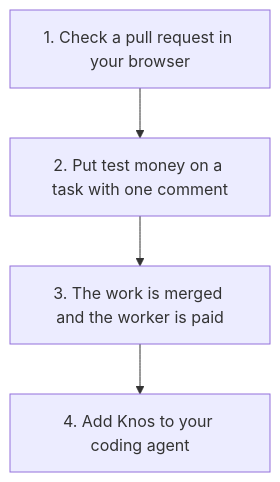
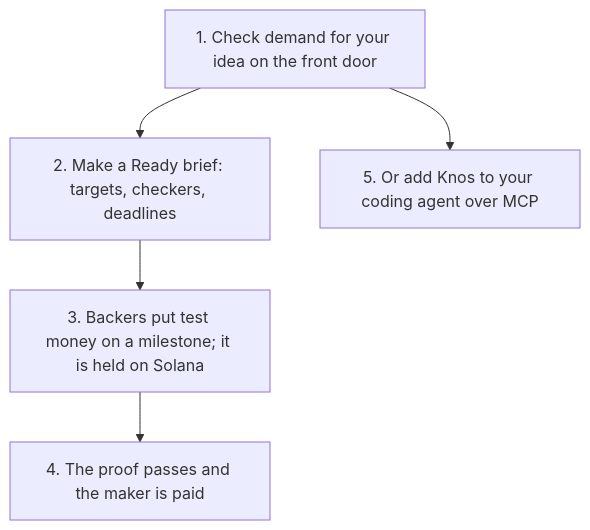
Before and after one commit to Lucho-design1/Knos: the diagram in docs/START.md, drawn with Mermaid. The commit also changed other lines of this file and 365 other files, not shown here.

First line of the commit message:
The public docs keep what a user needs: 63 reference pages deleted or merged, the README diagrams match the product

````diff
--- a/docs/START.md
+++ b/docs/START.md
@@ -7,8 +7,10 @@
 ```mermaid
 flowchart TB
-    check["1. Check a pull request in your browser"]
-    fund["2. Put test money on a task with one comment"]
-    paid["3. The work is merged and the worker is paid"]
-    install["4. Add Knos to your coding agent"]
-    check --> fund --> paid --> install
+    demand["1. Check demand for your idea on the front door"]
+    ready["2. Make a Ready brief: targets, checkers, deadlines"]
+    fund["3. Backers put test money on a milestone; it is held on Solana"]
+    paid["4. The proof passes and the maker is paid"]
+    agent["5. Or add Knos to your coding agent over MCP"]
+    demand --> ready --> fund --> paid
+    demand --> agent
 ```
````
